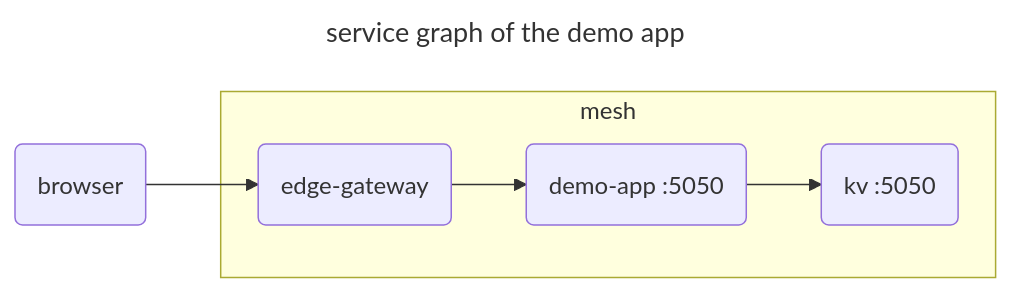
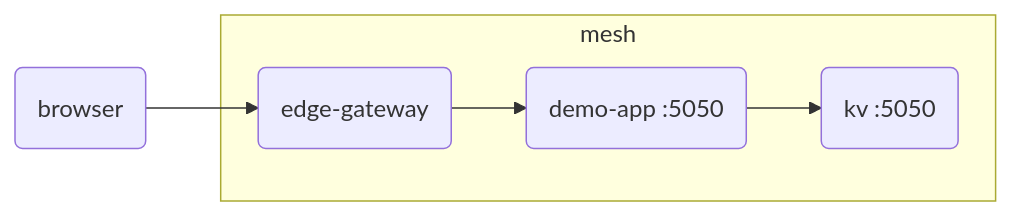
One commit to kumahq/kuma-website changed the diagram in app/_src/quickstart/docker-demo.md. Above: the diagram before and after it, drawn with Mermaid. The commit also changed other lines of this file and 3 other files, not shown here.

```diff
--- a/app/_src/quickstart/docker-demo.md
+++ b/app/_src/quickstart/docker-demo.md
@@ -44,16 +45,13 @@
 {% mermaid %}
----
-title: service graph of the demo app
----
 flowchart LR
 browser(browser)
 
 subgraph mesh
 edge-gateway(edge-gateway)
 demo-app(demo-app :5050)
 kv(kv :5050)
 end
 edge-gateway --> demo-app
 demo-app --> kv
 browser --> edge-gateway
 {% endmermaid %}
```
